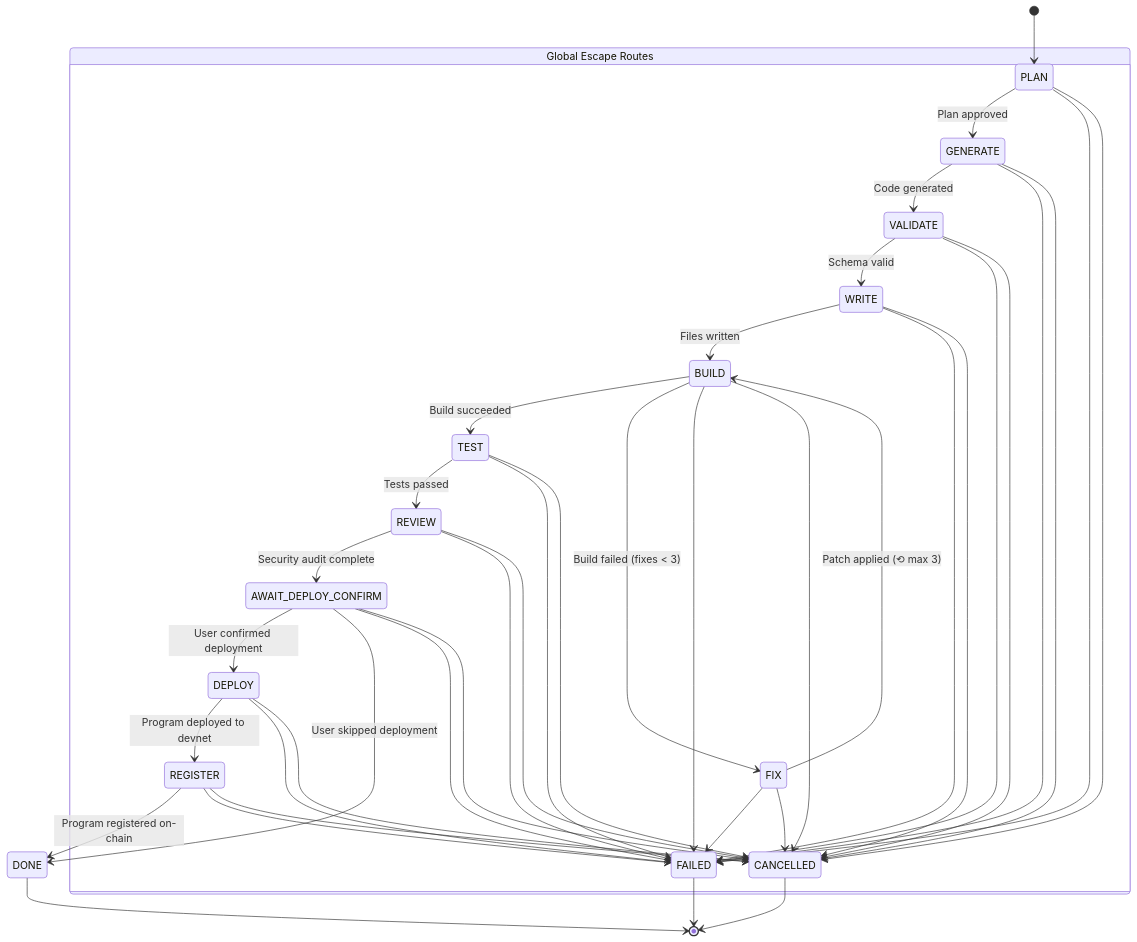
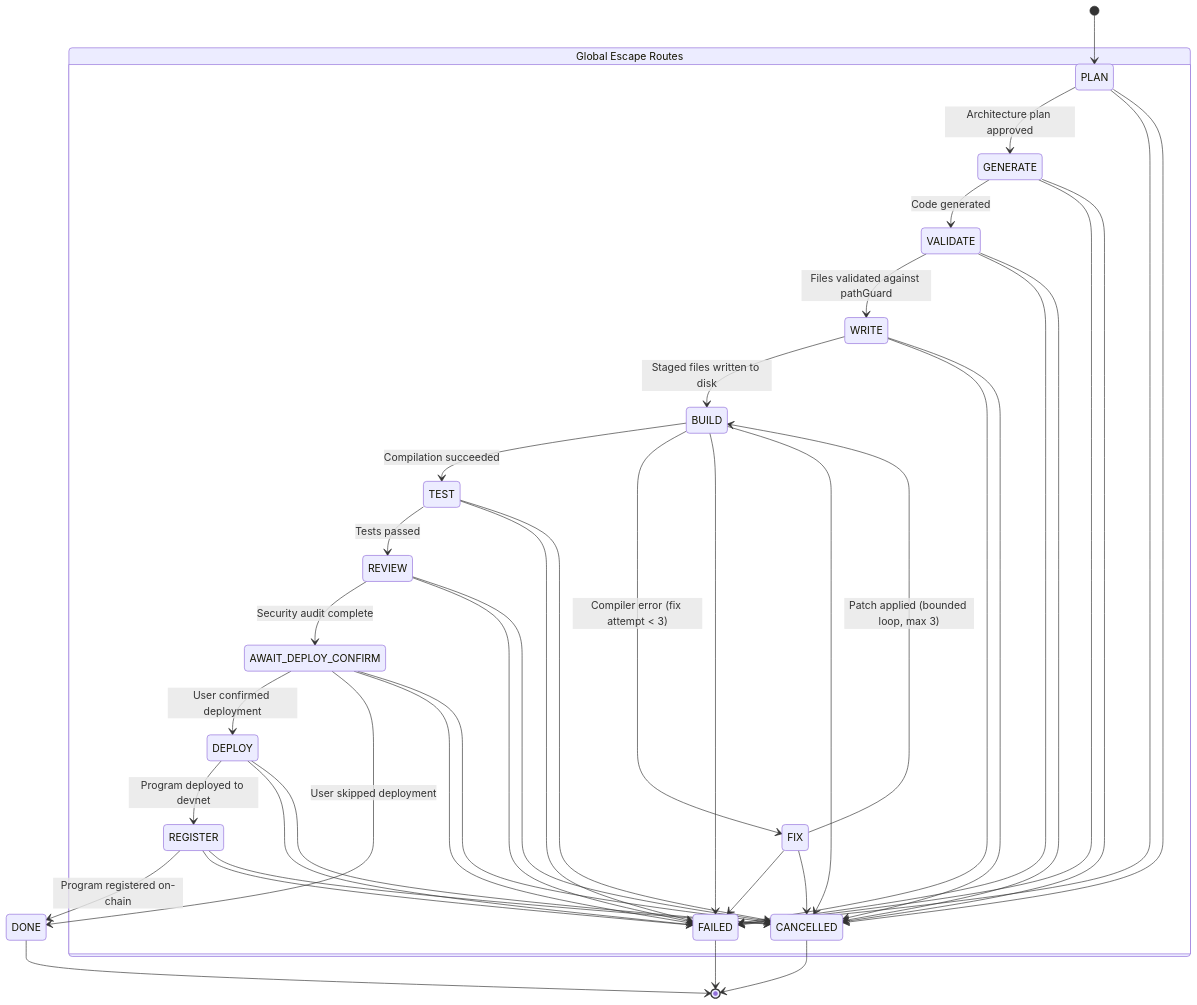
Before and after one commit to Messibre/SolanaPilot: the diagram in docs/AGENT_PIPELINE.md, drawn with Mermaid. The commit also changed other lines of this file and 7 other files, not shown here.

First line of the commit message:
docs(overview): comprehensive docs overhaul, architecture diagrams, and changelog [T-070]

````diff
--- a/docs/AGENT_PIPELINE.md
+++ b/docs/AGENT_PIPELINE.md
@@ -9,52 +9,52 @@
 ```mermaid
 stateDiagram-v2
     [*] --> PLAN
 
-    PLAN --> GENERATE: Plan approved
+    PLAN --> GENERATE: Architecture plan approved
     GENERATE --> VALIDATE: Code generated
-    VALIDATE --> WRITE: Schema valid
-    WRITE --> BUILD: Files written
+    VALIDATE --> WRITE: Files validated against pathGuard
+    WRITE --> BUILD: Staged files written to disk
 
-    BUILD --> TEST: Build succeeded
-    BUILD --> FIX: Build failed (fixes < 3)
-    FIX --> BUILD: Patch applied (⟲ max 3)
+    BUILD --> TEST: Compilation succeeded
+    BUILD --> FIX: Compiler error (fix attempt < 3)
+    FIX --> BUILD: Patch applied (bounded loop, max 3)
 
     TEST --> REVIEW: Tests passed
     REVIEW --> AWAIT_DEPLOY_CONFIRM: Security audit complete
 
     AWAIT_DEPLOY_CONFIRM --> DEPLOY: User confirmed deployment
     AWAIT_DEPLOY_CONFIRM --> DONE: User skipped deployment
 
     DEPLOY --> REGISTER: Program deployed to devnet
     REGISTER --> DONE: Program registered on-chain
 
     state "Global Escape Routes" as Escapes {
         PLAN --> FAILED
         GENERATE --> FAILED
         VALIDATE --> FAILED
         WRITE --> FAILED
         BUILD --> FAILED
         FIX --> FAILED
         TEST --> FAILED
         REVIEW --> FAILED
         AWAIT_DEPLOY_CONFIRM --> FAILED
         DEPLOY --> FAILED
         REGISTER --> FAILED
 
         PLAN --> CANCELLED
         GENERATE --> CANCELLED
         VALIDATE --> CANCELLED
         WRITE --> CANCELLED
         BUILD --> CANCELLED
         FIX --> CANCELLED
         TEST --> CANCELLED
         REVIEW --> CANCELLED
         AWAIT_DEPLOY_CONFIRM --> CANCELLED
         DEPLOY --> CANCELLED
         REGISTER --> CANCELLED
     }
 
     DONE --> [*]
     FAILED --> [*]
     CANCELLED --> [*]
 ```
````
